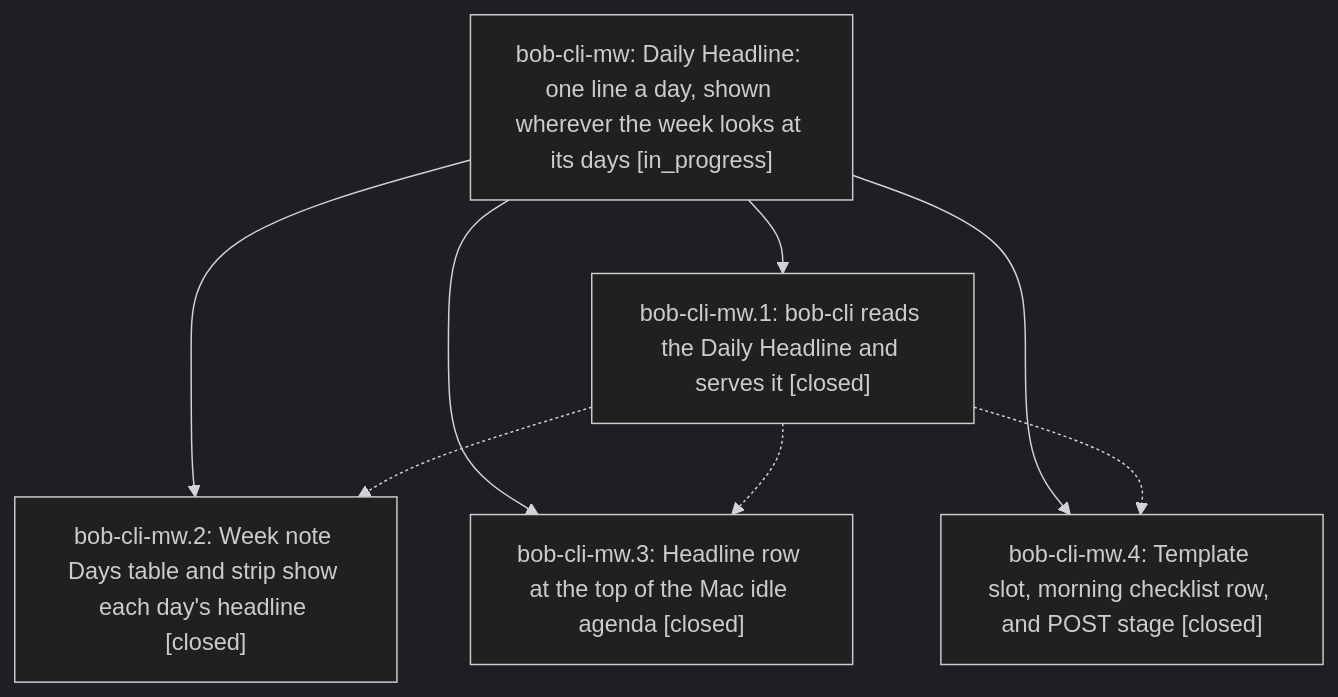
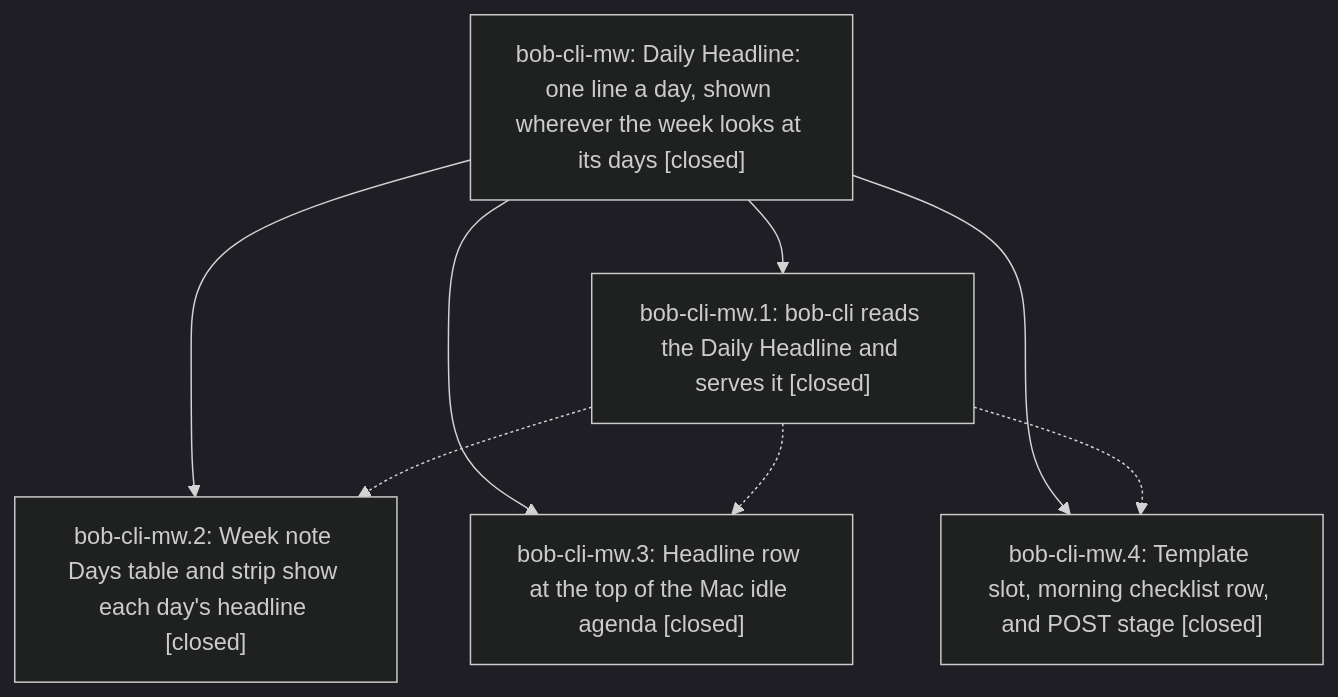
One commit to bobs-org/bob-cli--beads changed the diagram in pages/bob-cli-mw/README.md. Above: the diagram before and after it, drawn with Mermaid (dark theme). The commit also changed other lines of this file, not shown here.

First line of the commit message:
chore(beads): sync bead state and pages for bob-cli-mw

````diff
--- a/pages/bob-cli-mw/README.md
+++ b/pages/bob-cli-mw/README.md
@@ -51,15 +63,15 @@
 ```mermaid
 flowchart TD
-    n0["bob-cli-mw: Daily Headline: one line a day, shown wherever the week looks at its days [in_progress]"]
+    n0["bob-cli-mw: Daily Headline: one line a day, shown wherever the week looks at its days [closed]"]
     n1["bob-cli-mw.1: bob-cli reads the Daily Headline and serves it [closed]"]
     n2["bob-cli-mw.2: Week note Days table and strip show each day's headline [closed]"]
     n3["bob-cli-mw.3: Headline row at the top of the Mac idle agenda [closed]"]
     n4["bob-cli-mw.4: Template slot, morning checklist row, and POST stage [closed]"]
     n0 --> n1
     n0 --> n2
     n0 --> n3
     n0 --> n4
     n1 -.-> n2
     n1 -.-> n3
     n1 -.-> n4
 ```
````
